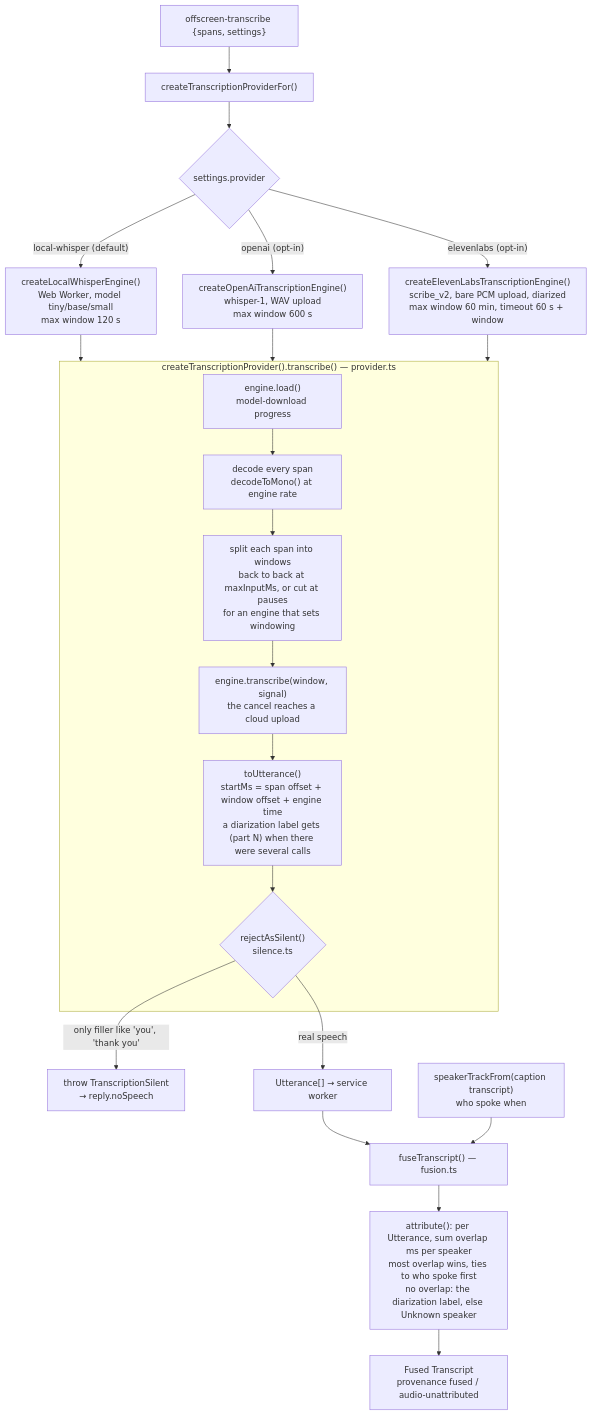
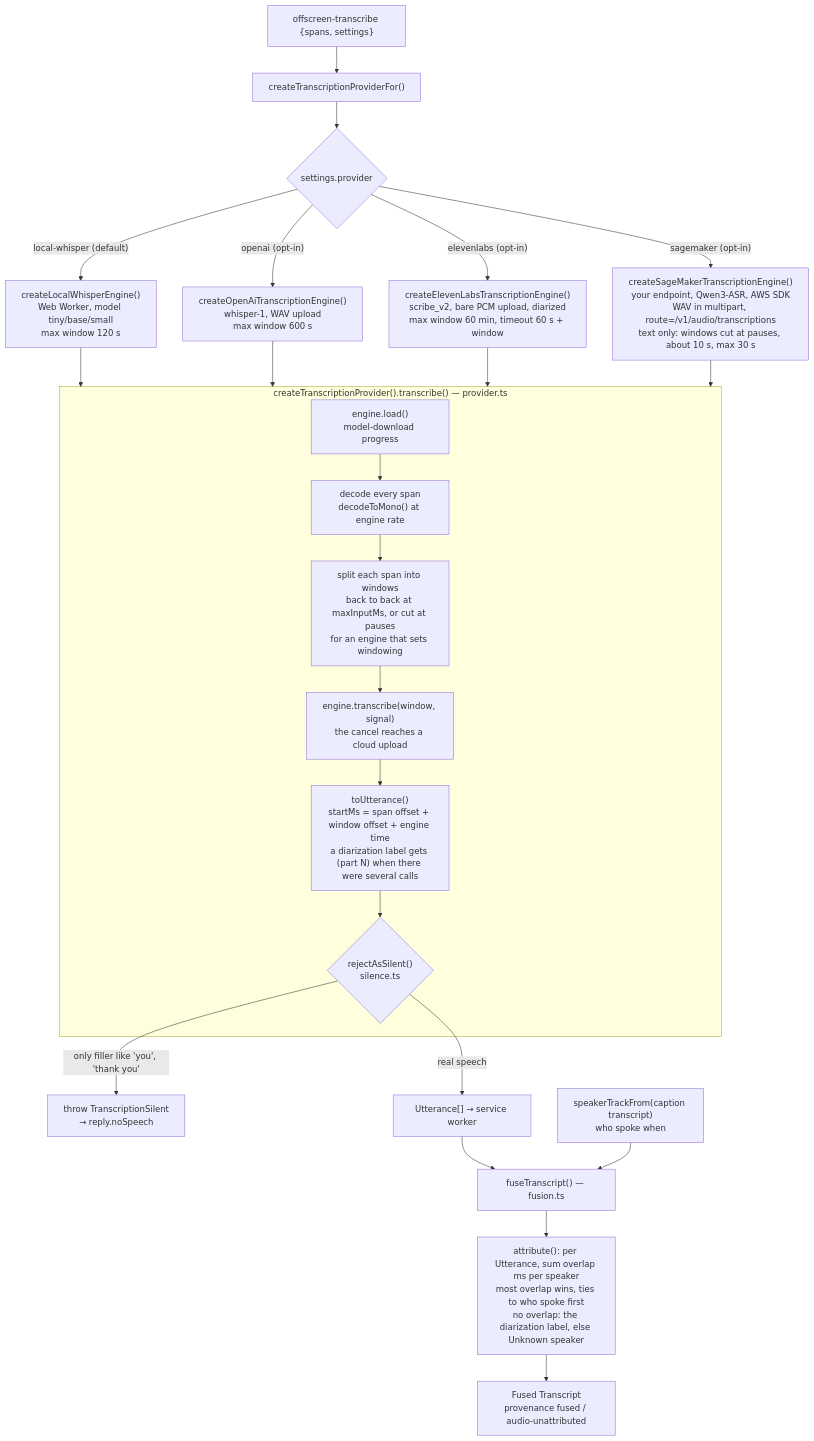
Before and after one commit to dominic676767/meeting-summarizer: the eighth of 11 diagrams in docs/ARCHITECTURE.md, drawn with Mermaid. The commit also changed other lines of this file and 18 other files, not shown here.

````diff
--- a/docs/ARCHITECTURE.md
+++ b/docs/ARCHITECTURE.md
@@ -396,26 +398,28 @@
 ```mermaid
 flowchart TD
     msg["offscreen-transcribe {spans, settings}"] --> fac["createTranscriptionProviderFor()"]
     fac --> which{"settings.provider"}
     which -- "local-whisper (default)" --> lw["createLocalWhisperEngine()<br/>Web Worker, model tiny/base/small<br/>max window 120 s"]
     which -- "openai (opt-in)" --> oa["createOpenAiTranscriptionEngine()<br/>whisper-1, WAV upload<br/>max window 600 s"]
     lw --> core
     which -- "elevenlabs (opt-in)" --> el["createElevenLabsTranscriptionEngine()<br/>scribe_v2, bare PCM upload, diarized<br/>max window 60 min, timeout 60 s + window"]
     oa --> core
+    which -- "sagemaker (opt-in)" --> sm["createSageMakerTranscriptionEngine()<br/>your endpoint, Qwen3-ASR, AWS SDK<br/>WAV in multipart, route=/v1/audio/transcriptions<br/>text only: windows cut at pauses, about 10 s, max 30 s"]
     el --> core
+    sm --> core
 
     subgraph core["createTranscriptionProvider().transcribe() — provider.ts"]
         load["engine.load()<br/>model-download progress"] --> dec["decode every span<br/>decodeToMono() at engine rate"]
         dec --> win["split each span into windows<br/>back to back at maxInputMs, or cut at pauses<br/>for an engine that sets windowing"]
         win --> eng["engine.transcribe(window, signal)<br/>the cancel reaches a cloud upload"]
         eng --> utt["toUtterance()<br/>startMs = span offset + window offset + engine time<br/>a diarization label gets (part N) when there were several calls"]
         utt --> sil{"rejectAsSilent()<br/>silence.ts"}
     end
     sil -- "only filler like 'you', 'thank you'" --> silent["throw TranscriptionSilent<br/>→ reply.noSpeech"]
     sil -- "real speech" --> utts["Utterance[] → service worker"]
 
     utts --> fuse["fuseTranscript() — fusion.ts"]
     track["speakerTrackFrom(caption transcript)<br/>who spoke when"] --> fuse
     fuse --> attr["attribute(): per Utterance, sum overlap ms per speaker<br/>most overlap wins, ties to who spoke first<br/>no overlap: the diarization label, else Unknown speaker"]
     attr --> fused["Fused Transcript<br/>provenance fused / audio-unattributed"]
 ```
````
